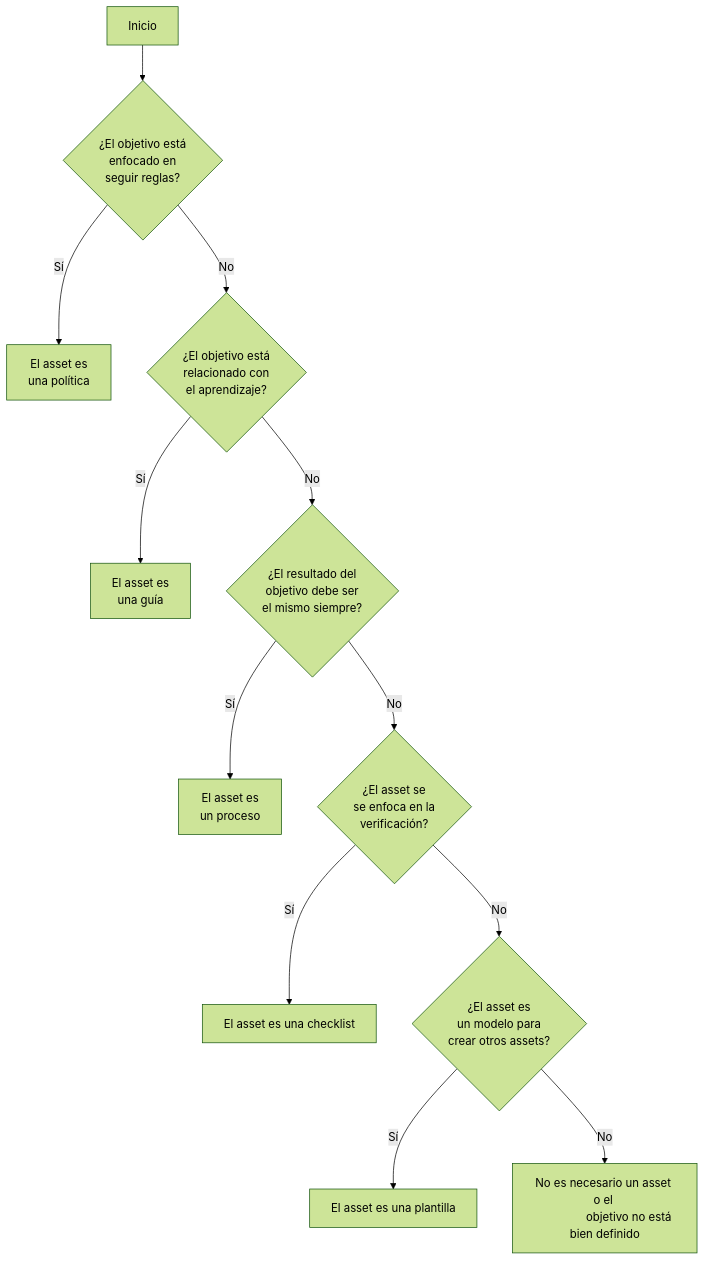
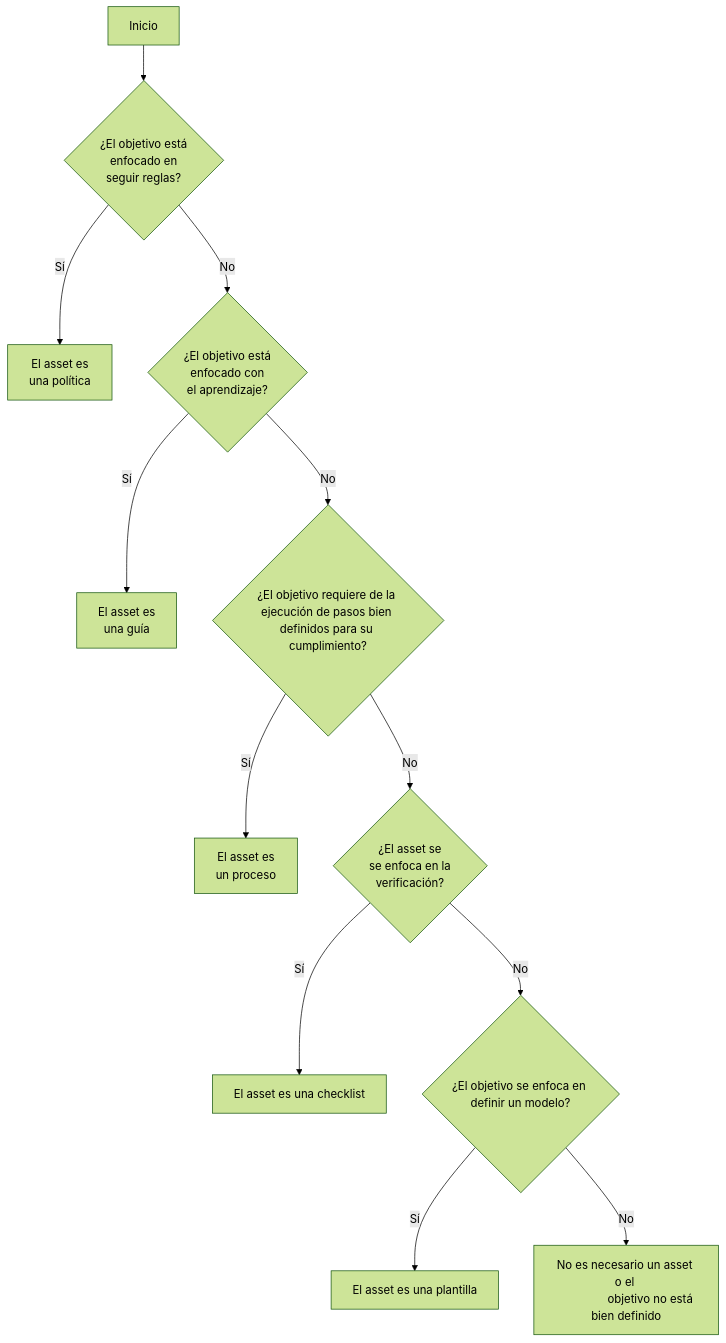
Before and after one commit to Taro-IT/docs: the diagram in docs/guias/G02-guia-definicion-assets.md, drawn with Mermaid (forest theme). The commit also changed other lines of this file and 41 other files, not shown here.

````diff
--- a/docs/guias/G02-guia-definicion-assets.md
+++ b/docs/guias/G02-guia-definicion-assets.md
@@ -17,28 +15,24 @@
 ```mermaid
 flowchart TD
     A[Inicio] --> B{"¿El objetivo está 
                     enfocado en 
                     seguir reglas?"};
     B -->|Sí| C["El asset es 
                 una política"];
     B -->|No| D{"¿El objetivo está
-                relacionado con
+                enfocado con
                 el aprendizaje?"}
     D -->|Sí| E["El asset es 
                 una guía"]
-    D -->|No| F{"¿El resultado del
-                objetivo debe ser
-                el mismo siempre?"}
+    D -->|No| F{"¿El objetivo requiere de la ejecución de pasos bien definidos para su cumplimiento?"}
     F -->|Sí| G["El asset es 
                 un proceso"]
     F -->|No| H{"¿El asset se
                 se enfoca en la
                 verificación?"}
     H -->|Sí| I["El asset es una checklist"]
-    H -->|No| J{"¿El asset es
-                un modelo para
-                crear otros assets?"}
+    H -->|No| J{"¿El objetivo se enfoca en definir un modelo?"}
     J -->|Sí| K["El asset es una plantilla"]
     J -->|No| L["No es necesario un asset o el 
                 objetivo no está bien definido"]
 ```
````
